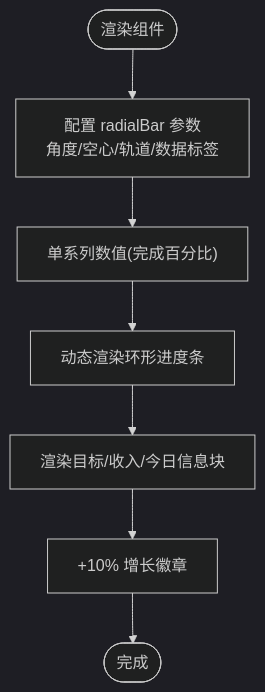
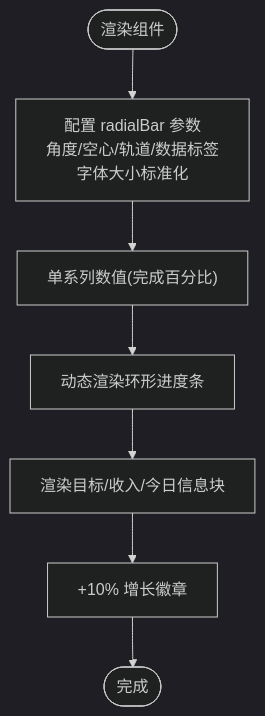
Before and after one commit to HAOFUYANG/nextjs-admin: the seventh of 10 diagrams in .qoder/repowiki/zh/content/数据可视化/电商图表.md, drawn with Mermaid (dark theme). The commit also changed other lines of this file and 15 other files, not shown here.

````diff
--- a/.qoder/repowiki/zh/content/数据可视化/电商图表.md
+++ b/.qoder/repowiki/zh/content/数据可视化/电商图表.md
@@ -285,9 +301,9 @@
 ```mermaid
 flowchart TD
-Start(["渲染组件"]) --> Config["配置 radialBar 参数<br/>角度/空心/轨道/数据标签"]
+Start(["渲染组件"]) --> Config["配置 radialBar 参数<br/>角度/空心/轨道/数据标签<br/>字体大小标准化"]
 Config --> Series["单系列数值(完成百分比)"]
 Series --> Render["动态渲染环形进度条"]
 Render --> Info["渲染目标/收入/今日信息块"]
 Info --> Badge["+10% 增长徽章"]
 Badge --> End(["完成"])
 ```
````
